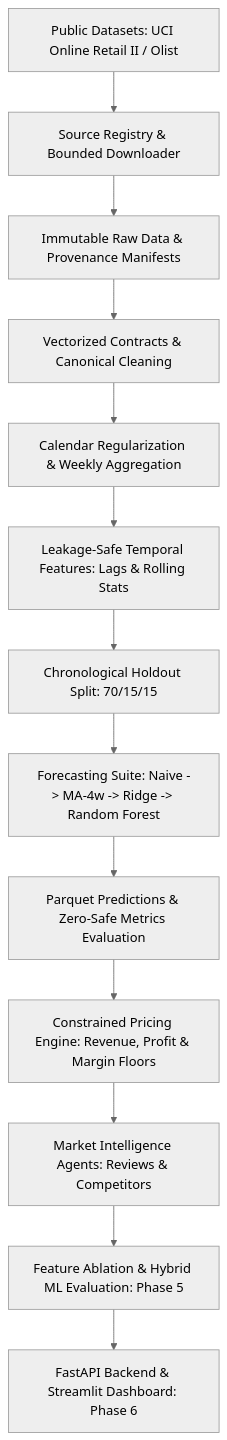
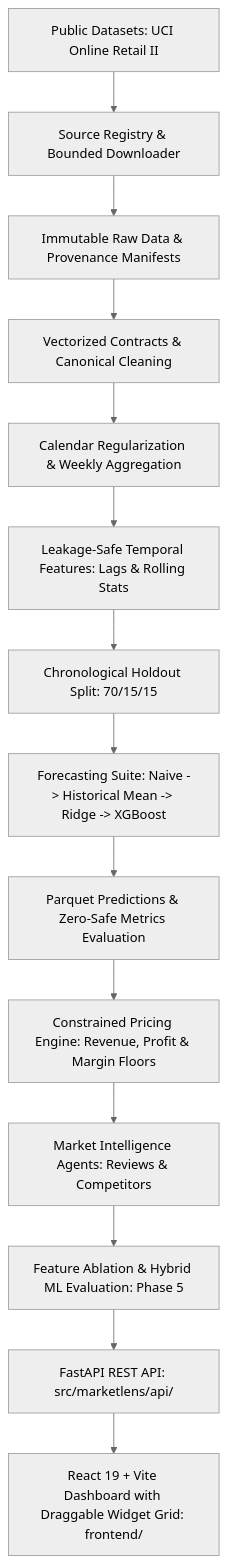
Before and after one commit to Gokulnaath-N/MarketLens-Agentic-Dynamic-Pricing-Intelligence-Platform: the diagram in README.md, drawn with Mermaid (neutral theme). The commit also changed other lines of this file and 54 other files, not shown here.

Commit message:
feat(phase6): implement React + Vite dashboard, DraggableWidgetGrid, and FastAPI integration

````diff
--- a/README.md
+++ b/README.md
@@ -31,15 +31,16 @@
 ```mermaid
 flowchart TD
-    A[Public Datasets: UCI Online Retail II / Olist] --> B[Source Registry & Bounded Downloader]
+    A[Public Datasets: UCI Online Retail II] --> B[Source Registry & Bounded Downloader]
     B --> C[Immutable Raw Data & Provenance Manifests]
     C --> D[Vectorized Contracts & Canonical Cleaning]
     D --> E[Calendar Regularization & Weekly Aggregation]
     E --> F[Leakage-Safe Temporal Features: Lags & Rolling Stats]
     F --> G[Chronological Holdout Split: 70/15/15]
-    G --> H[Forecasting Suite: Naive -> MA-4w -> Ridge -> Random Forest]
+    G --> H[Forecasting Suite: Naive -> Historical Mean -> Ridge -> XGBoost]
     H --> I[Parquet Predictions & Zero-Safe Metrics Evaluation]
     I --> J[Constrained Pricing Engine: Revenue, Profit & Margin Floors]
     J --> K[Market Intelligence Agents: Reviews & Competitors]
     K --> L[Feature Ablation & Hybrid ML Evaluation: Phase 5]
-    L --> M[FastAPI Backend & Streamlit Dashboard: Phase 6]
+    L --> M[FastAPI REST API: src/marketlens/api/]
+    M --> N[React 19 + Vite Dashboard with Draggable Widget Grid: frontend/]
 ```
````
